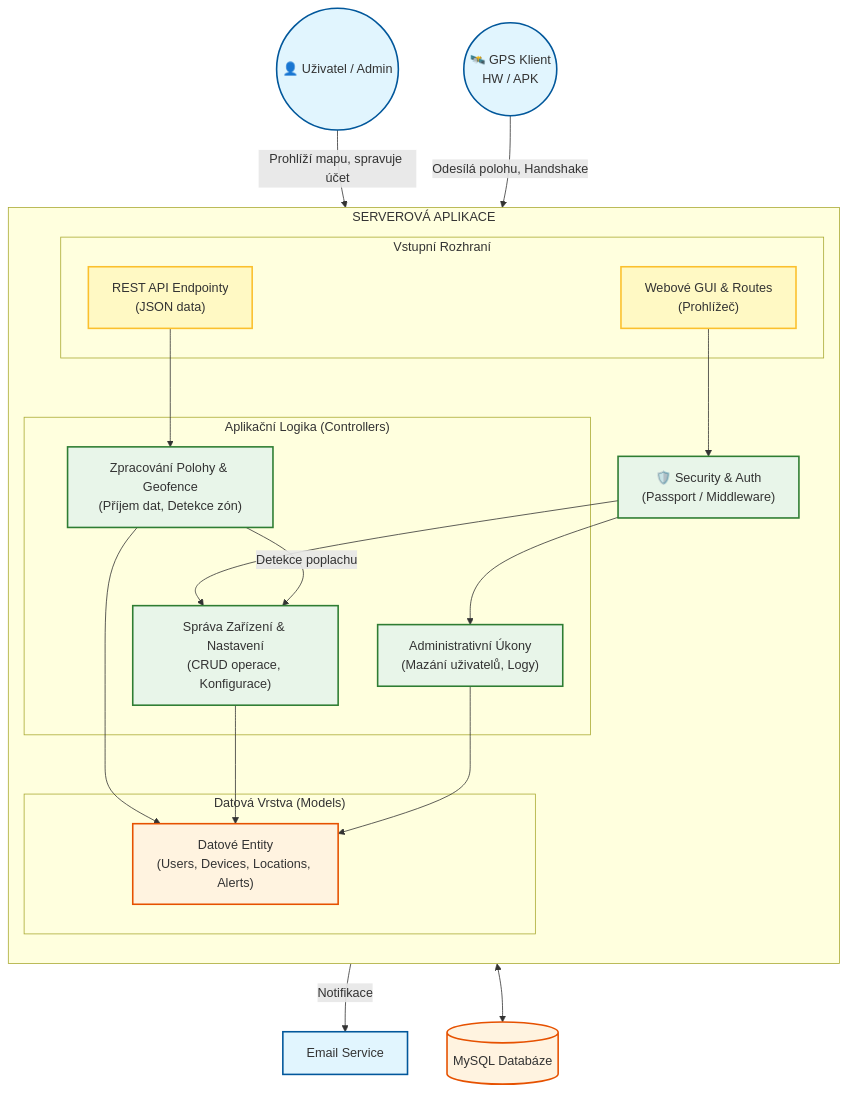
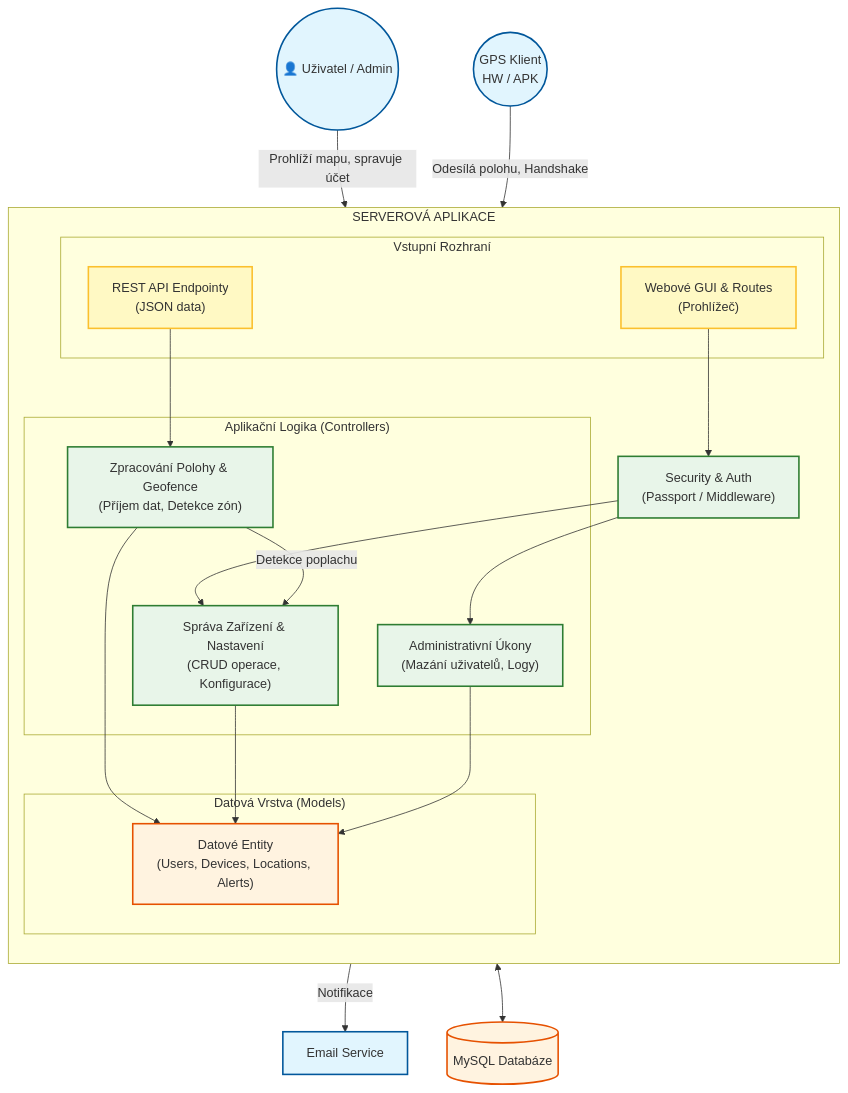
Before and after one commit to Balner123/GPS_server_NodeJS: the diagram in Server_NODEJS/docs_server/schemas/Use_case_dia.md, drawn with Mermaid. The commit also changed 31 other files, not shown here.

````diff
--- a/Server_NODEJS/docs_server/schemas/Use_case_dia.md
+++ b/Server_NODEJS/docs_server/schemas/Use_case_dia.md
@@ -1,69 +1,69 @@
 ```mermaid
 flowchart TD
     %% --- DEFINICE STYLŮ ---
     classDef actor fill:#e1f5fe,stroke:#01579b,stroke-width:2px;
     classDef system fill:#fff,stroke:#333,stroke-width:2px,stroke-dasharray: 5 5;
     classDef logic fill:#e8f5e9,stroke:#2e7d32,stroke-width:2px;
     classDef data fill:#fff3e0,stroke:#e65100,stroke-width:2px;
     classDef ui fill:#fff9c4,stroke:#fbc02d,stroke-width:2px;
 
     %% --- 1. AKTÉŘI (Actors) ---
     User((👤 Uživatel / Admin)):::actor
-    Device((🛰️ GPS Klient<br>HW / APK)):::actor
+    Device((GPS Klient<br>HW / APK)):::actor
 
     %% --- 2. SYSTÉM (Node.js Server) ---
     subgraph System ["SERVEROVÁ APLIKACE"]
         direction TB
 
         %% Prezentační Vrstva (Vstup)
         subgraph Interface ["Vstupní Rozhraní"]
             WebUI["Webové GUI & Routes<br>(Prohlížeč)"]:::ui
             API["REST API Endpointy<br>(JSON data)"]:::ui
         end
 
         %% Bezpečnost
-        AuthBlock["🛡️ Security & Auth<br>(Passport / Middleware)"]:::logic
+        AuthBlock["Security & Auth<br>(Passport / Middleware)"]:::logic
 
         %% Aplikační Logika (Sloučené Controllery)
         subgraph BusinessLogic ["Aplikační Logika (Controllers)"]
             Logic_Tracking["Zpracování Polohy & Geofence<br>(Příjem dat, Detekce zón)"]:::logic
             Logic_Mgmt["Správa Zařízení & Nastavení<br>(CRUD operace, Konfigurace)"]:::logic
             Logic_Admin["Administrativní Úkony<br>(Mazání uživatelů, Logy)"]:::logic
         end
 
         %% Datová Vrstva (Sloučené Modely)
         subgraph DataLayer ["Datová Vrstva (Models)"]
             Entities["Datové Entity<br>(Users, Devices, Locations, Alerts)"]:::data
         end
         
     end
 
     %% --- 3. EXTERNÍ ZDROJE ---
     DB[("MySQL Databáze")]:::data
     Mail["Email Service"]:::actor
 
     %% --- VZTAHY A TOKY ---
 
     %% Interakce Uživatele (Use Cases)
     User -- "Prohlíží mapu, spravuje účet" --> WebUI
     WebUI --> AuthBlock
     AuthBlock --> Logic_Mgmt
     AuthBlock --> Logic_Admin
 
     %% Interakce Zařízení (Use Cases)
     Device -- "Odesílá polohu, Handshake" --> API
     API --> Logic_Tracking
     
     %% Logické vazby
     Logic_Tracking -- "Detekce poplachu" --> Logic_Mgmt
     Logic_Tracking -- "Notifikace" --> Mail
     
     %% Tok do dat
     Logic_Tracking --> Entities
     Logic_Mgmt --> Entities
     Logic_Admin --> Entities
 
     %% Persistence
     Entities <--> DB
 
 ```
````
